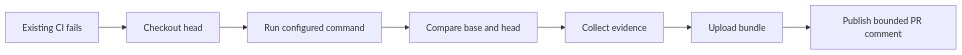
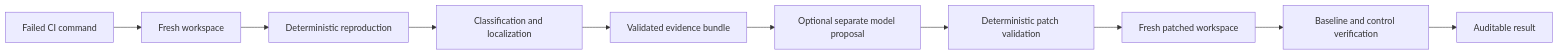
The diagram in README.md (causent/causent), drawn with Mermaid before and after one commit. The commit also changed other lines of this file and 10 other files, not shown here.

Commit message:
feat: add isolated model patch proposals

````diff
--- a/README.md
+++ b/README.md
@@ -99,9 +86,12 @@
 ```mermaid
 flowchart LR
-    A[Existing CI fails] --> B[Checkout head]
-    B --> C[Run configured command]
-    C --> D[Compare base and head]
-    D --> E[Collect evidence]
-    E --> F[Upload bundle]
-    F --> G[Publish bounded PR comment]
+    A[Failed CI command] --> B[Fresh workspace]
+    B --> C[Deterministic reproduction]
+    C --> D[Classification and localization]
+    D --> E[Validated evidence bundle]
+    E --> F[Optional separate model proposal]
+    F --> G[Deterministic patch validation]
+    G --> H[Fresh patched workspace]
+    H --> I[Baseline and control verification]
+    I --> J[Auditable result]
 ```
````
